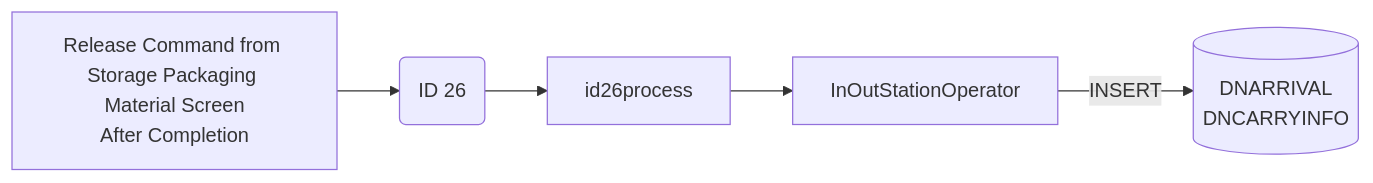
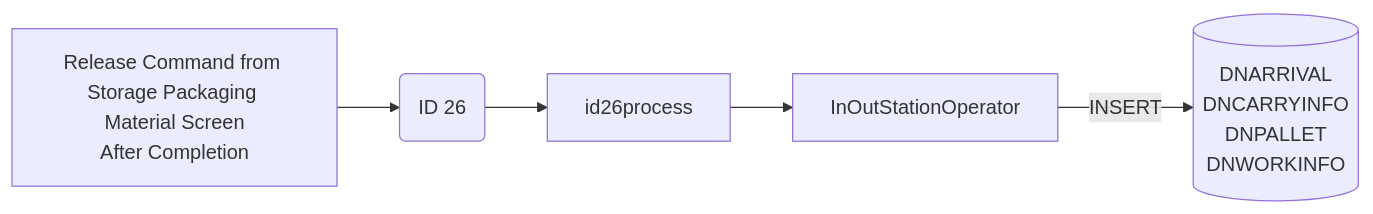
The first of 9 diagrams in Basic-Design/DFD-WMS/Storage/Planned-Storage-Packaging-Material/Storage-Flow-(Packaging-Material).md (luthfiadityaa/SimeDarby-Wiki), drawn with Mermaid before and after one commit. The commit also changed other lines of this file, not shown here.

Commit message:
Updated Storage Flow (Packaging Material)

```diff
--- a/Basic-Design/DFD-WMS/Storage/Planned-Storage-Packaging-Material/Storage-Flow-(Packaging-Material).md
+++ b/Basic-Design/DFD-WMS/Storage/Planned-Storage-Packaging-Material/Storage-Flow-(Packaging-Material).md
@@ -21,22 +39,24 @@
 ::: mermaid
 flowchart LR
 
 releaseCommand["
 Release Command from Storage Packaging Material Screen
 After Completion 
 "]
 
 id26msg("
 ID 26
 ")
 
 id26-insert[("
 DNARRIVAL
 DNCARRYINFO
+DNPALLET
+DNWORKINFO
 ")]
 
 InOutStationOperator[InOutStationOperator]
 
 releaseCommand-->id26msg-->id26process-->InOutStationOperator
 InOutStationOperator--> |INSERT| id26-insert
 :::
```
